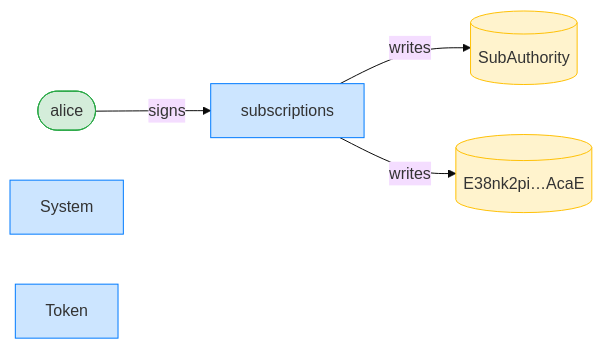
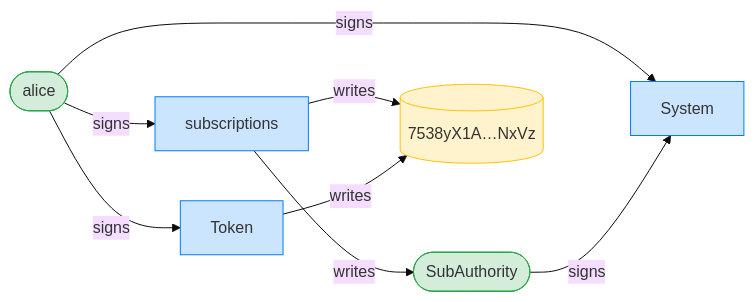
The third of 28 diagrams in dsl_tests/cancel-on-a-ghost-plan-expires-immediately.md (cds-rs/subscriptions), drawn with Mermaid (base theme) before and after one commit. The commit also changed other lines of this file and 224 other files, not shown here.

````diff
--- a/dsl_tests/cancel-on-a-ghost-plan-expires-immediately.md
+++ b/dsl_tests/cancel-on-a-ghost-plan-expires-immediately.md
@@ -55,15 +56,19 @@
 ```mermaid
 flowchart LR
     classDef signer fill:#d4edda,stroke:#28a745;
     classDef program fill:#cce5ff,stroke:#007bff;
     classDef writable fill:#fff3cd,stroke:#ffc107;
     subscriptions[subscriptions]:::program
     alice([alice]):::signer
-    SubAuthority[(SubAuthority)]:::writable
-    E38nk2pi_AcaE[("E38nk2pi…AcaE")]:::writable
+    SubAuthority([SubAuthority]):::signer
+    7538yX1A_NxVz[("7538yX1A…NxVz")]:::writable
     System[System]:::program
     Token[Token]:::program
     alice -->|signs| subscriptions
+    alice -->|signs| System
+    SubAuthority -->|signs| System
+    alice -->|signs| Token
     subscriptions -->|writes| SubAuthority
-    subscriptions -->|writes| E38nk2pi_AcaE
+    subscriptions -->|writes| 7538yX1A_NxVz
+    Token -->|writes| 7538yX1A_NxVz
 ```
````
